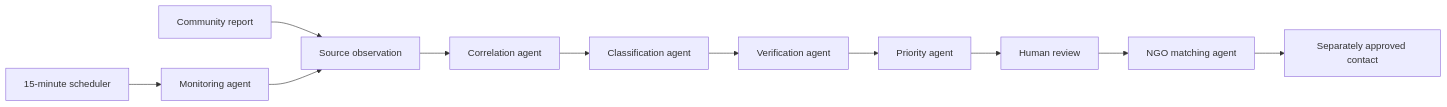
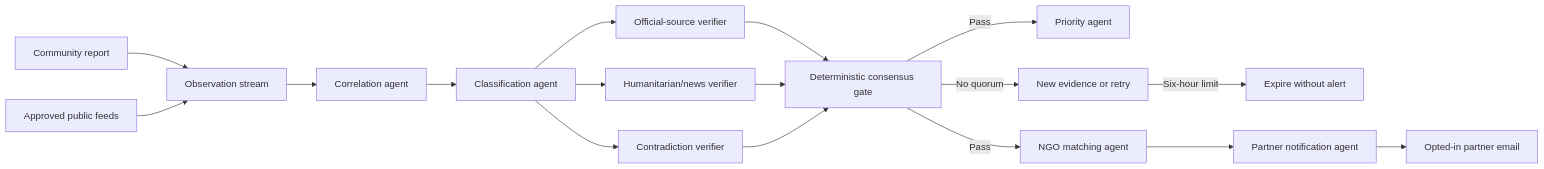
The diagram in docs/agent-platform.md (grace7755/rapid-humanitarian-response), drawn with Mermaid before and after one commit. The commit also changed other lines of this file and 134 other files, not shown here.

````diff
--- a/docs/agent-platform.md
+++ b/docs/agent-platform.md
@@ -7,13 +5,19 @@
 ```mermaid
 flowchart LR
-  Report[Community report] --> Observation[Source observation]
-  Schedule[15-minute scheduler] --> Monitor[Monitoring agent]
-  Monitor --> Observation
-  Observation --> Correlate[Correlation agent]
+  Report[Community report] --> Observe[Observation stream]
+  Feed[Approved public feeds] --> Observe
+  Observe --> Correlate[Correlation agent]
   Correlate --> Classify[Classification agent]
-  Classify --> Verify[Verification agent]
-  Verify --> Priority[Priority agent]
-  Priority --> Review[Human review]
-  Review --> Match[NGO matching agent]
-  Match --> Contact[Separately approved contact]
+  Classify --> Official[Official-source verifier]
+  Classify --> Humanitarian[Humanitarian/news verifier]
+  Classify --> Contradiction[Contradiction verifier]
+  Official --> Consensus[Deterministic consensus gate]
+  Humanitarian --> Consensus
+  Contradiction --> Consensus
+  Consensus -->|Pass| Priority[Priority agent]
+  Consensus -->|Pass| Match[NGO matching agent]
+  Consensus -->|No quorum| Retry[New evidence or retry]
+  Retry -->|Six-hour limit| Expire[Expire without alert]
+  Match --> Notify[Partner notification agent]
+  Notify --> Email[Opted-in partner email]
 ```
````
